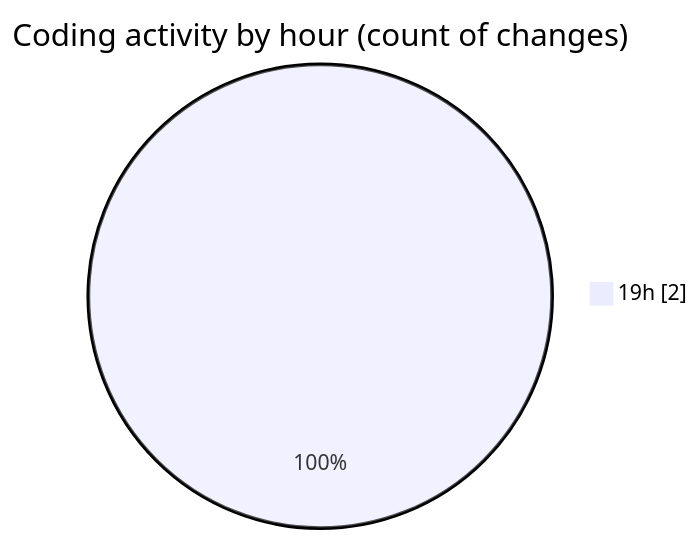
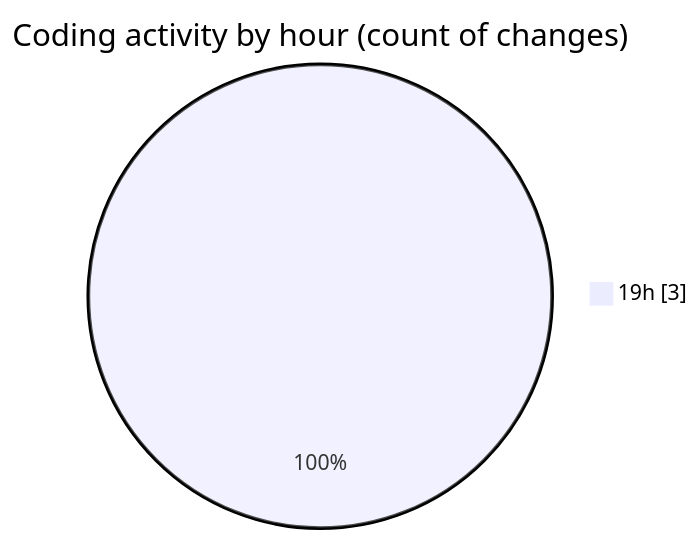
The second of 2 diagrams in 2025-02-22/coding_prac_7/README.md (NitaiMahat/code-tracking), drawn with Mermaid before and after one commit. The commit also changed other lines of this file and 1 other file, not shown here.

````diff
--- a/2025-02-22/coding_prac_7/README.md
+++ b/2025-02-22/coding_prac_7/README.md
@@ -28,5 +28,5 @@
 ```mermaid
 pie showData
 title Coding activity by hour (count of changes)
-"19h" : 2
+"19h" : 3
 ```
````
